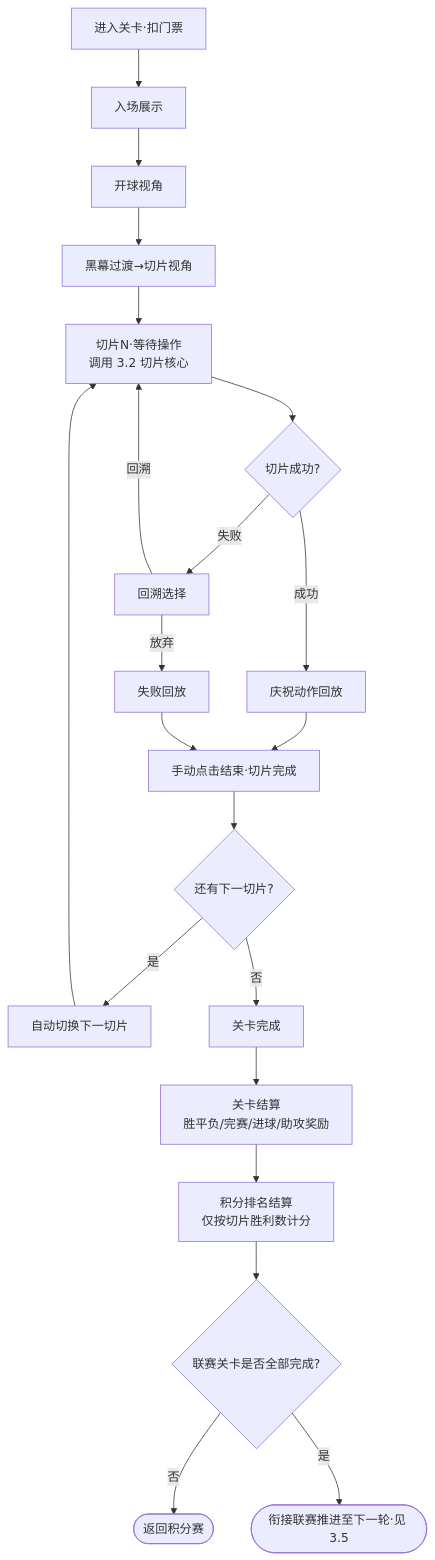
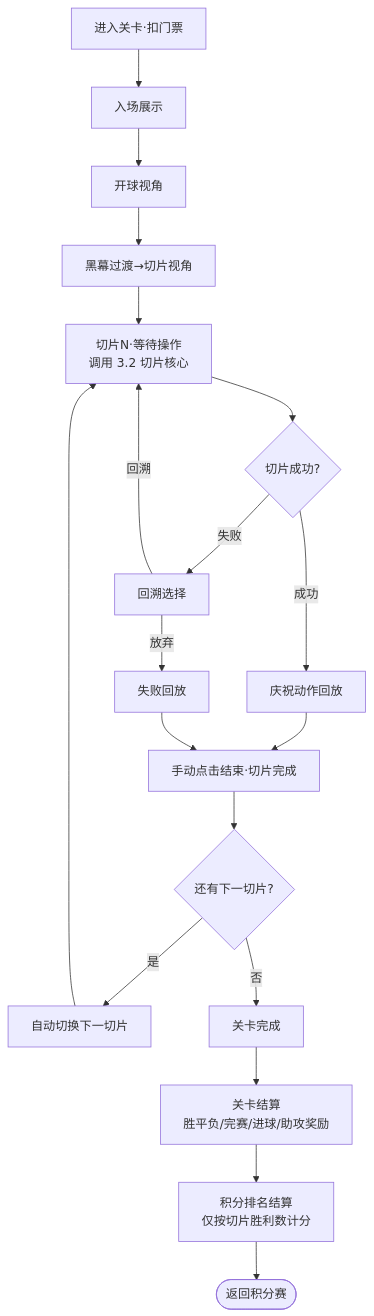
One commit to RehearsalTap4Fun/MindToDoc changed the third of 7 diagrams in output/2026世界杯主题活动-开发文档.md. Above: the diagram before and after it, drawn with Mermaid. The commit also changed other lines of this file, not shown here.

````diff
--- a/output/2026世界杯主题活动-开发文档.md
+++ b/output/2026世界杯主题活动-开发文档.md
@@ -288,22 +327,20 @@
 ```mermaid
 flowchart TD
     A[进入关卡·扣门票] --> B[入场展示]
     B --> C[开球视角]
     C --> D[黑幕过渡→切片视角]
     D --> E[切片N·等待操作<br/>调用 3.2 切片核心]
     E --> F{切片成功?}
     F -->|成功| G[庆祝动作回放]
     F -->|失败| H[回溯选择]
     H -->|回溯| E
     H -->|放弃| I[失败回放]
     G --> J[手动点击结束·切片完成]
     I --> J
     J --> K{还有下一切片?}
     K -->|是| L[自动切换下一切片] --> E
     K -->|否| M[关卡完成]
     M --> N[关卡结算<br/>胜平负/完赛/进球/助攻奖励]
     N --> O[积分排名结算<br/>仅按切片胜利数计分]
-    O --> Q{联赛关卡是否全部完成?}
-    Q -->|否| P([返回积分赛])
-    Q -->|是| R([衔接联赛推进至下一轮·见 3.5])
+    O --> P([返回积分赛])
 ```
````
